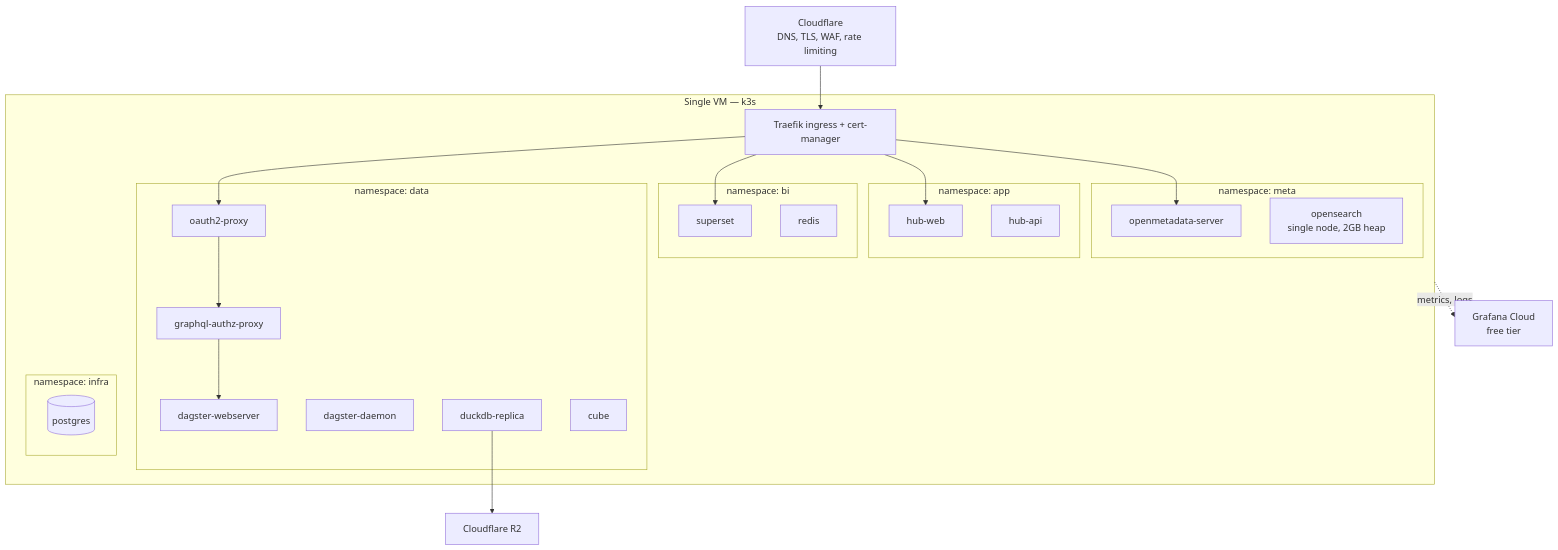
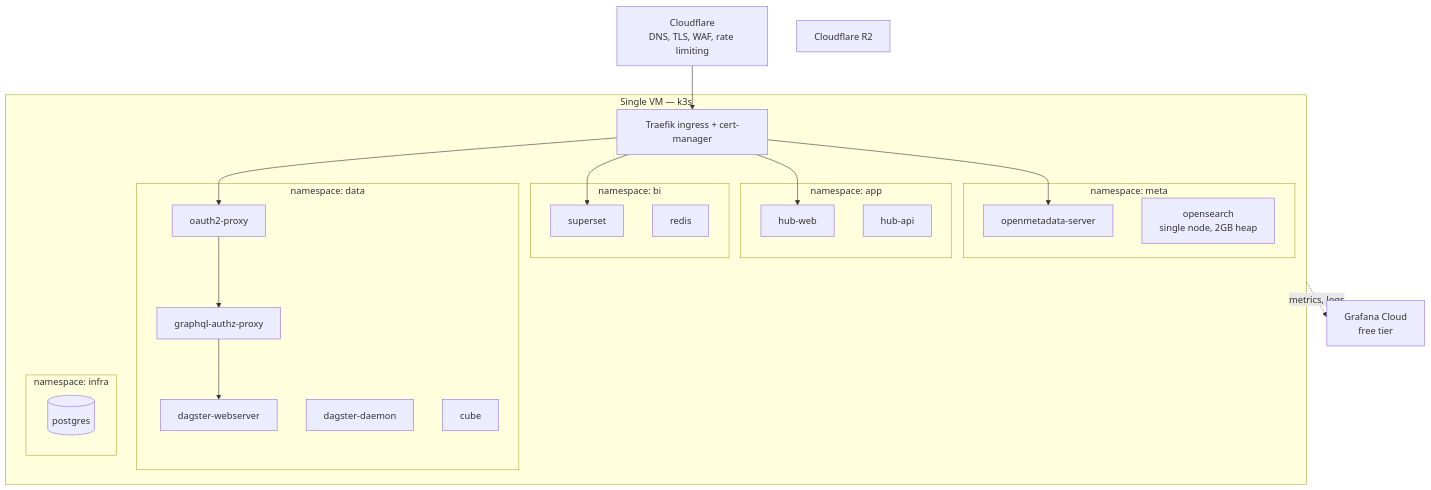
The third of 3 diagrams in docs/ARCHITECTURE.md (kgmcquate/open-health-data-platform), drawn with Mermaid before and after one commit. The commit also changed other lines of this file and 43 other files, not shown here.

````diff
--- a/docs/ARCHITECTURE.md
+++ b/docs/ARCHITECTURE.md
@@ -163,49 +154,47 @@
 ```mermaid
 flowchart TB
     CF["Cloudflare<br/>DNS, TLS, WAF, rate limiting"]
 
     subgraph vm["Single VM — k3s"]
         ING["Traefik ingress + cert-manager"]
 
         subgraph nsapp["namespace: app"]
             A1["hub-web"]
             A2["hub-api"]
         end
 
         subgraph nsdata["namespace: data"]
             D1["dagster-webserver"]
             D2["dagster-daemon"]
             D3["graphql-authz-proxy"]
             D4["oauth2-proxy"]
-            D5["duckdb-replica"]
             D6["cube"]
         end
 
         subgraph nsbi["namespace: bi"]
             B1["superset"]
             B2["redis"]
         end
 
         subgraph nsmeta["namespace: meta"]
             M1["openmetadata-server"]
             M2["opensearch<br/>single node, 2GB heap"]
         end
 
         subgraph nsinfra["namespace: infra"]
             P1[("postgres")]
         end
     end
 
     R2["Cloudflare R2"]
     GC["Grafana Cloud<br/>free tier"]
 
     CF --> ING
     ING --> A1
     ING --> D4
     ING --> B1
     ING --> M1
     D4 --> D3
     D3 --> D1
-    D5 --> R2
     vm -.->|metrics, logs| GC
 ```
````
